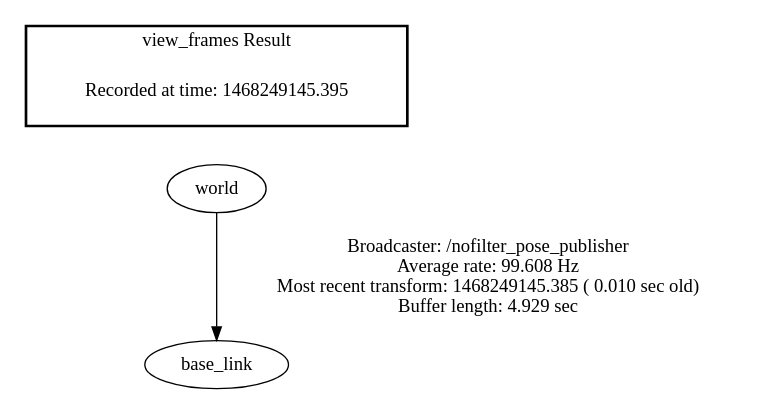
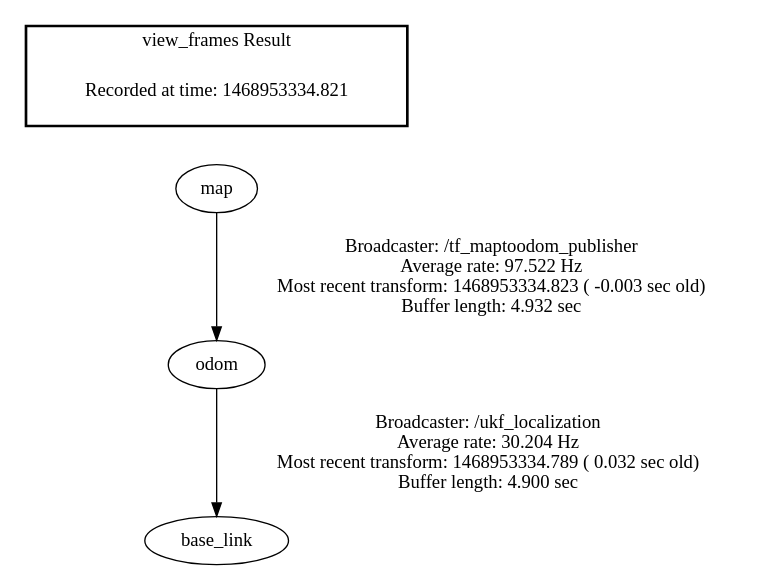
One commit to mushroonhead/epochmini changed the diagram in scripts/frames.gv. Above: the diagram before and after it, drawn with Graphviz. The commit also changed 3 other files, not shown here.

Commit message:
first version of ukf localization only odom working

```diff
--- a/scripts/frames.gv
+++ b/scripts/frames.gv
@@ -1,7 +1,8 @@
 digraph G {
-"world" -> "base_link"[label="Broadcaster: /nofilter_pose_publisher\nAverage rate: 99.608 Hz\nMost recent transform: 1468249145.385 ( 0.010 sec old)\nBuffer length: 4.929 sec\n"];
+"map" -> "odom"[label="Broadcaster: /tf_maptoodom_publisher\nAverage rate: 97.522 Hz\nMost recent transform: 1468953334.823 ( -0.003 sec old)\nBuffer length: 4.932 sec\n"];
+"odom" -> "base_link"[label="Broadcaster: /ukf_localization\nAverage rate: 30.204 Hz\nMost recent transform: 1468953334.789 ( 0.032 sec old)\nBuffer length: 4.900 sec\n"];
 edge [style=invis];
  subgraph cluster_legend { style=bold; color=black; label ="view_frames Result";
-"Recorded at time: 1468249145.395"[ shape=plaintext ] ;
- }->"world";
+"Recorded at time: 1468953334.821"[ shape=plaintext ] ;
+ }->"map";
 }
```
